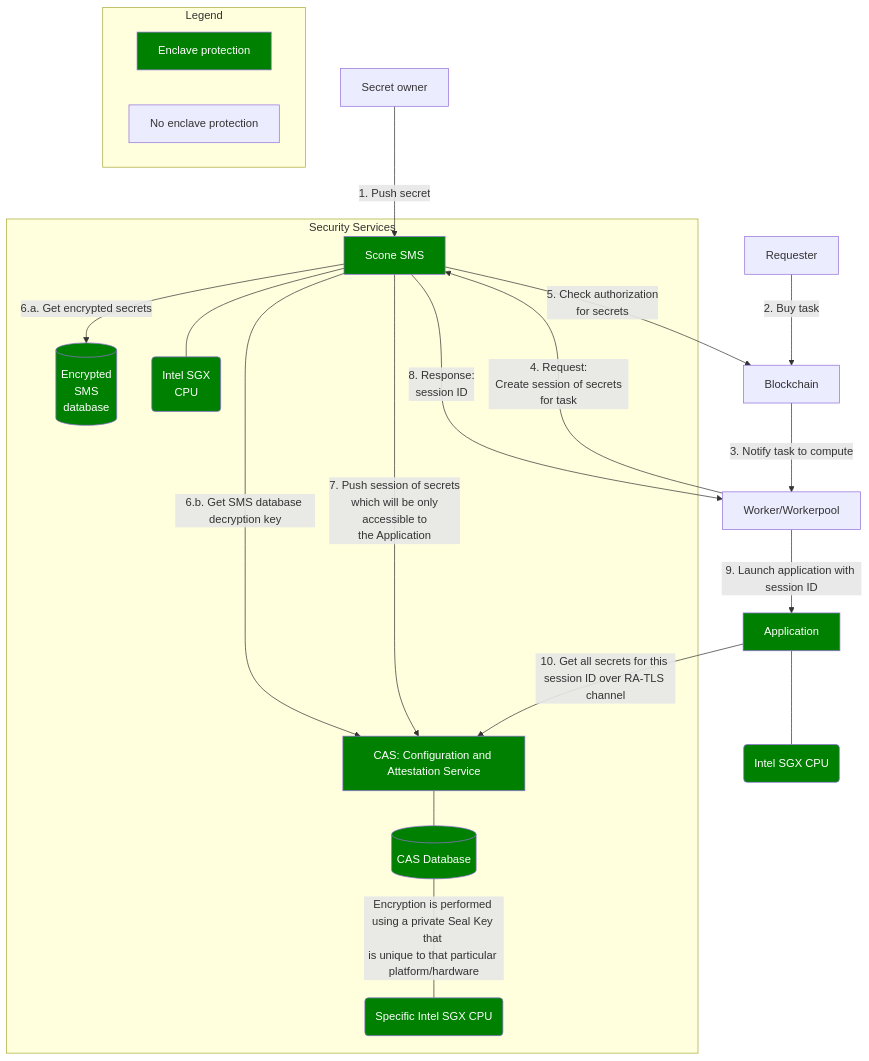
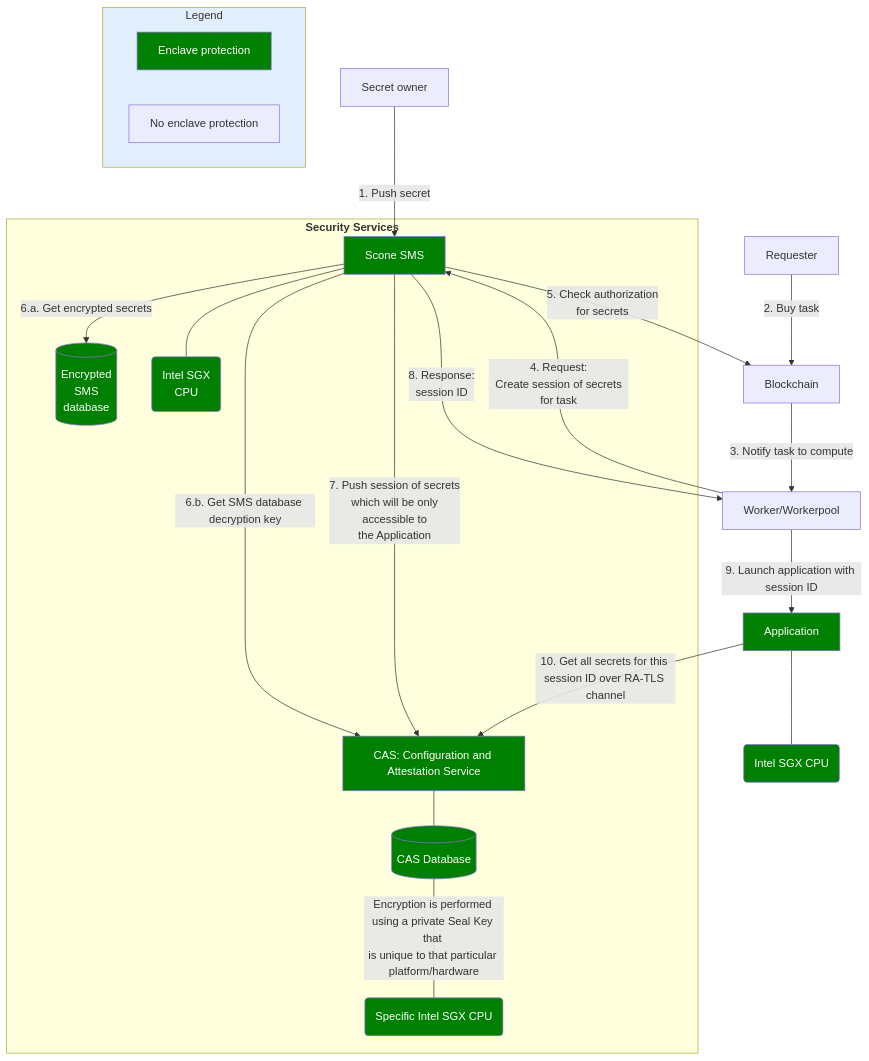
The diagram in for-developers/go-to-production.md (iExecBlockchainComputing/documentation), drawn with Mermaid before and after one commit.

Commit message:
Update diagram style

````diff
--- a/for-developers/go-to-production.md
+++ b/for-developers/go-to-production.md
@@ -61,42 +61,36 @@
 ```mermaid
 graph TD
     S[Secret owner] -->|1. Push secret| SMS
     Req[Requester] --> |2. Buy task| Chain
     Chain[Blockchain] --> |3. Notify task to compute| Worker[Worker/Workerpool]
     Worker --> |4. Request:<br> Create session of secrets for task| SMS
     SMS --> |5. Check authorization <br>for secrets| Chain
     SMS --> |6.a. Get encrypted secrets| SMSDB
     SMS --> |6.b. Get SMS database decryption key| CAS
     SMS --> |7. Push session of secrets <br>which will be only <br> accessible to <br>the Application| CAS
     SMS --> |8. Response: <br>session ID| Worker
     Worker --> |9. Launch application with session ID| App[Application]
     App --> |10. Get all secrets for this session ID over RA-TLS channel| CAS
     SMS --- SMSCPU
     App --- AppCPU(Intel SGX CPU)
     CAS --- CASDB
     CASDB --- |Encryption is performed using a private Seal Key that <br>is unique to that particular platform/hardware| CASCPU
 
-    subgraph "Security Services"
+    subgraph SECU[<b>Security Services</b>]
         SMS[Scone SMS]
         SMSDB[(Encrypted <br>SMS<br> database)]
         SMSCPU(Intel SGX <br>CPU)
         CAS[CAS: Configuration and Attestation Service]
         CASDB[(CAS Database)]
         CASCPU(Specific Intel SGX CPU)
     end
 
-    subgraph "Legend"
+    subgraph Legend
         IN[Enclave protection]
         Out[No enclave protection]
     end
 
-    style SMS fill:green,color:white
-    style SMSCPU fill:green,color:white
-    style SMSDB fill:green,color:white
-    style CAS fill:green,color:white
-    style CASDB fill:green,color:white
-    style CASCPU fill:green,color:white
-    style App fill:green,color:white
-    style AppCPU fill:green,color:white
-    style IN fill:green,color:white
+    style Legend fill:#e1effc
+    classDef enclaveStyle fill:green,color:white
+    class SMS,SMSCPU,SMSDB,CAS,CASDB,CASCPU,App,AppCPU,IN enclaveStyle
 ```
````
